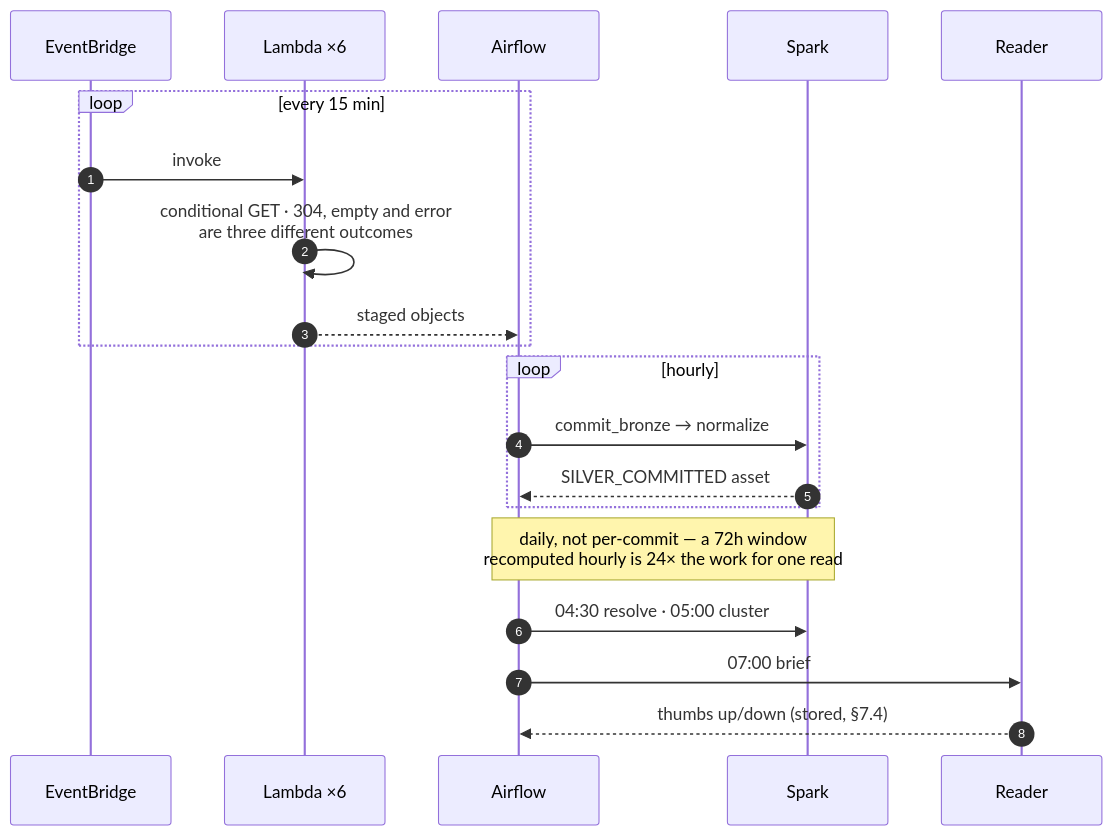
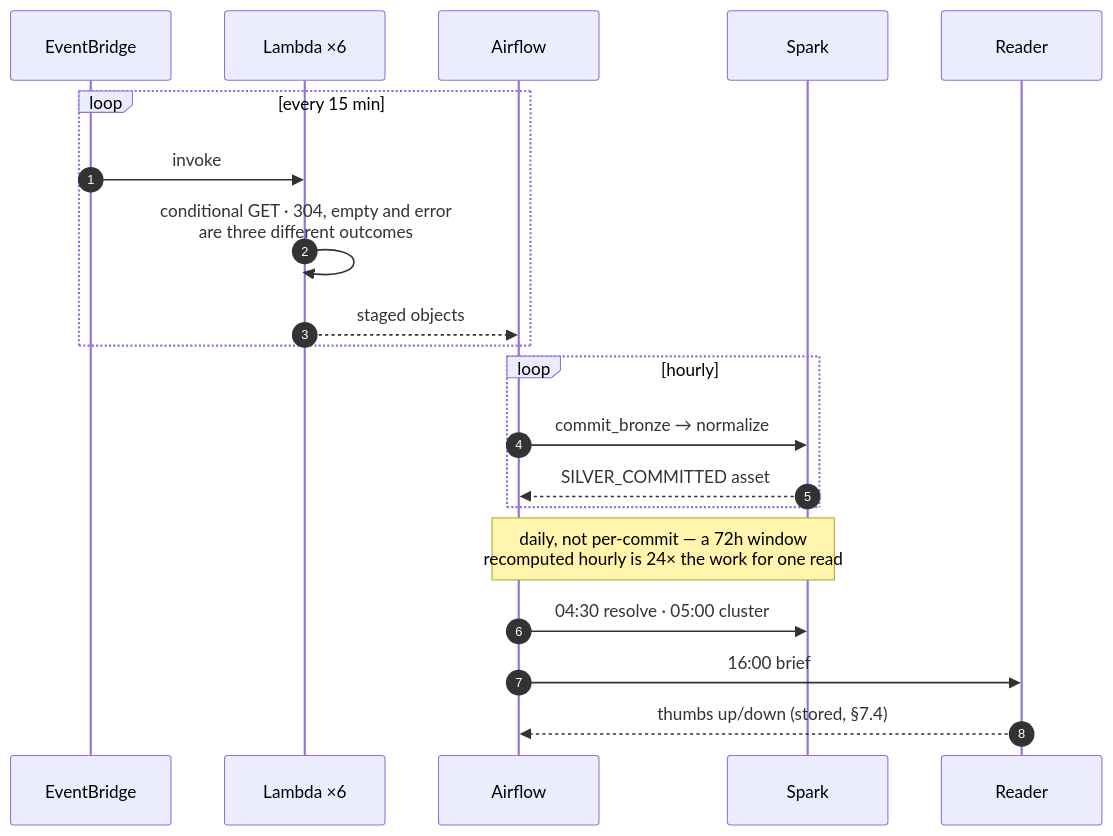
Before and after one commit to SouhailBourhim/signal-brief: the third of 3 diagrams in docs/architecture.md, drawn with Mermaid. The commit also changed other lines of this file and 32 other files, not shown here.

````diff
--- a/docs/architecture.md
+++ b/docs/architecture.md
@@ -148,23 +148,23 @@
 ```mermaid
 sequenceDiagram
     autonumber
     participant S as EventBridge
     participant L as Lambda ×6
     participant A as Airflow
     participant K as Spark
     participant R as Reader
 
     loop every 15 min
         S->>L: invoke
         L->>L: conditional GET · 304, empty and error<br/>are three different outcomes
         L-->>A: staged objects
     end
     loop hourly
         A->>K: commit_bronze → normalize
         K-->>A: SILVER_COMMITTED asset
     end
     Note over A,K: daily, not per-commit — a 72h window<br/>recomputed hourly is 24× the work for one read
     A->>K: 04:30 resolve · 05:00 cluster
-    A->>R: 07:00 brief
+    A->>R: 16:00 brief
     R-->>A: thumbs up/down (stored, §7.4)
 ```
````
